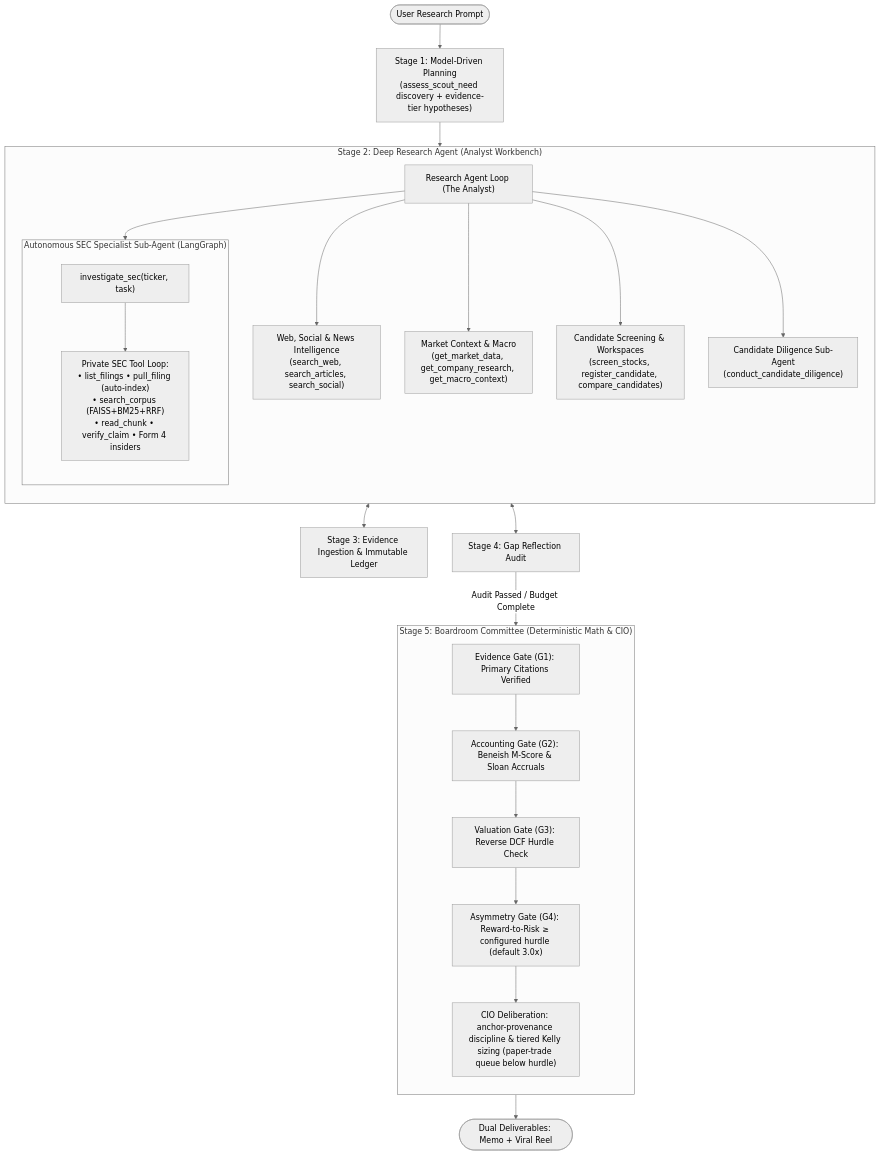
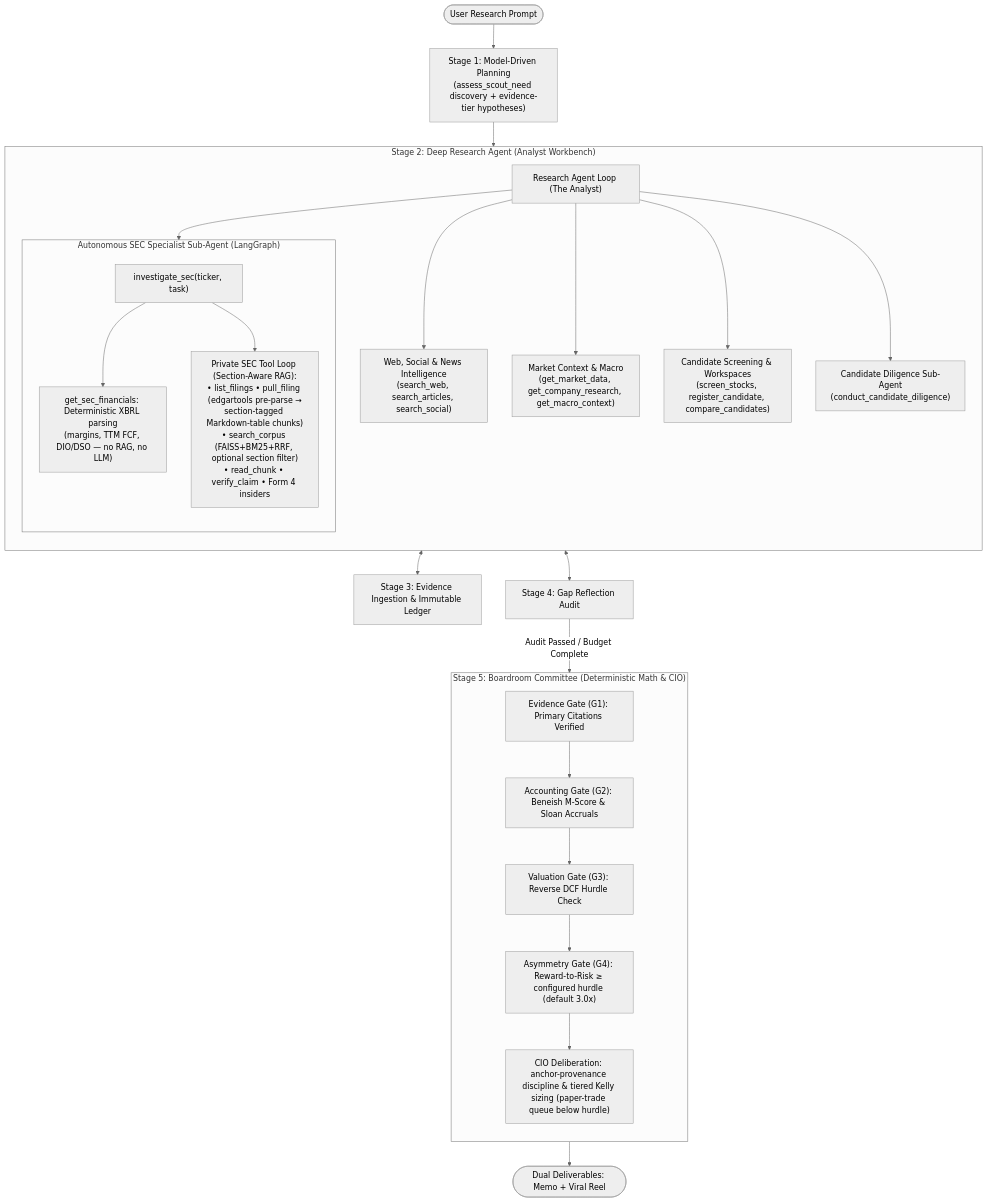
Before and after one commit to Unheat/memeTrading: the diagram in README.md, drawn with Mermaid (neutral theme). The commit also changed other lines of this file and 3 other files, not shown here.

First line of the commit message:
docs: document dual-track SEC evidence engine (deterministic edgartools vs section-aware RAG)

````diff
--- a/README.md
+++ b/README.md
@@ -116,44 +117,46 @@
 ```mermaid
 flowchart TD
     START([User Research Prompt]) --> S1["Stage 1: Model-Driven Planning<br/>(assess_scout_need discovery + evidence-tier hypotheses)"]
     S1 --> S2[Stage 2: Deep Research Agent Loop]
 
     subgraph S2["Stage 2: Deep Research Agent (Analyst Workbench)"]
         direction TB
         EXEC["Research Agent Loop (The Analyst)"]
         
         T_DISC["Web, Social & News Intelligence<br/>(search_web, search_articles, search_social)"]
         T_MKT["Market Context & Macro<br/>(get_market_data, get_company_research, get_macro_context)"]
         T_CAND["Candidate Screening & Workspaces<br/>(screen_stocks, register_candidate, compare_candidates)"]
         T_DIL["Candidate Diligence Sub-Agent<br/>(conduct_candidate_diligence)"]
 
         subgraph SEC_SPECIALIST["Autonomous SEC Specialist Sub-Agent (LangGraph)"]
             direction TB
             sec_entry["investigate_sec(ticker, task)"]
-            sec_tools["Private SEC Tool Loop:<br/>• list_filings • pull_filing (auto-index)<br/>• search_corpus (FAISS+BM25+RRF)<br/>• read_chunk • verify_claim • Form 4 insiders"]
+            sec_fin["get_sec_financials: Deterministic XBRL parsing<br/>(margins, TTM FCF, DIO/DSO — no RAG, no LLM)"]
+            sec_tools["Private SEC Tool Loop (Section-Aware RAG):<br/>• list_filings • pull_filing (edgartools pre-parse →<br/>section-tagged Markdown-table chunks)<br/>• search_corpus (FAISS+BM25+RRF, optional section filter)<br/>• read_chunk • verify_claim • Form 4 insiders"]
+            sec_entry --> sec_fin
             sec_entry --> sec_tools
         end
 
         EXEC --> T_DISC
         EXEC --> T_MKT
         EXEC --> T_CAND
         EXEC --> T_DIL
         EXEC --> sec_entry
     end
 
     S2 <--> S3[Stage 3: Evidence Ingestion & Immutable Ledger]
     S2 <--> S4[Stage 4: Gap Reflection Audit]
     S4 -->|Audit Passed / Budget Complete| S5[Stage 5: Committee Boardroom Gates]
 
     subgraph S5["Stage 5: Boardroom Committee (Deterministic Math & CIO)"]
         direction TB
         G1["Evidence Gate (G1): Primary Citations Verified"]
         G2["Accounting Gate (G2): Beneish M-Score & Sloan Accruals"]
         G3["Valuation Gate (G3): Reverse DCF Hurdle Check"]
         G4["Asymmetry Gate (G4): Reward-to-Risk ≥ configured hurdle (default 3.0x)"]
         CIO["CIO Deliberation: anchor-provenance discipline & tiered Kelly sizing (paper-trade queue below hurdle)"]
         G1 --> G2 --> G3 --> G4 --> CIO
     end
 
     S5 --> END([Dual Deliverables: Memo + Viral Reel])
 ```
````
